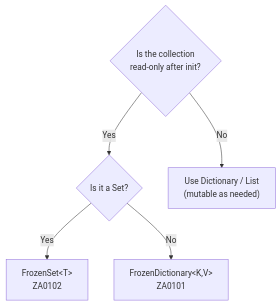
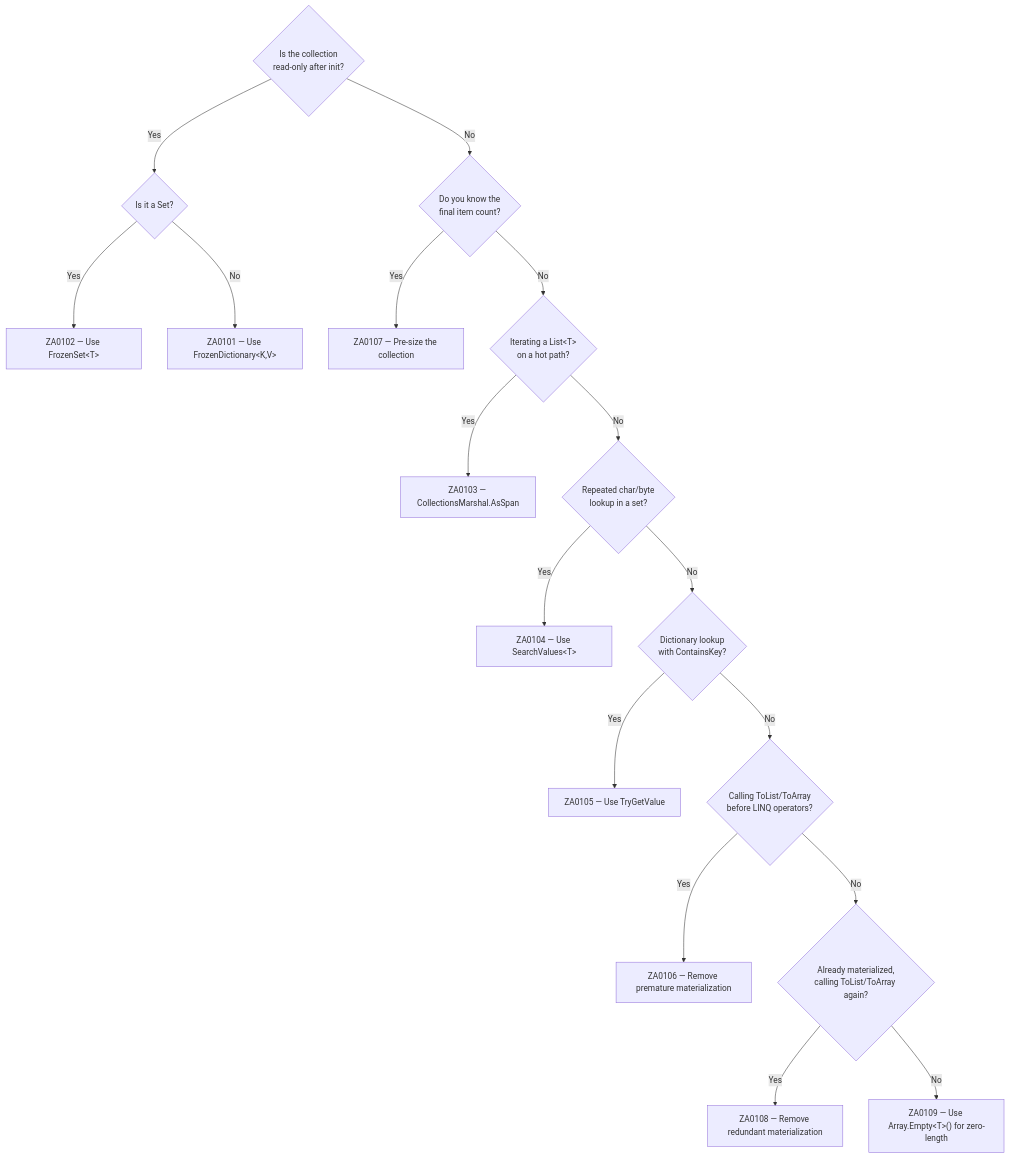
The diagram in docs/rules/collections.md (ZeroAlloc-Net/ZeroAlloc.Analyzers), drawn with Mermaid before and after one commit.

Commit message:
docs: expand collections intro diagram to cover all ZA01xx rules

````diff
--- a/docs/rules/collections.md
+++ b/docs/rules/collections.md
@@ -7,8 +7,27 @@
 ```mermaid
 flowchart TD
     Q1{Is the collection\nread-only after init?}
     Q1 -->|Yes| Q2{Is it a Set?}
-    Q1 -->|No| MutableDict["Use Dictionary / List\n(mutable as needed)"]
-    Q2 -->|Yes| FrozenSet["FrozenSet&lt;T&gt;\nZA0102"]
-    Q2 -->|No| FrozenDict["FrozenDictionary&lt;K,V&gt;\nZA0101"]
+    Q1 -->|No| Q3{Do you know the\nfinal item count?}
+
+    Q2 -->|Yes| FrozenSet["ZA0102 — Use FrozenSet&lt;T&gt;"]
+    Q2 -->|No| FrozenDict["ZA0101 — Use FrozenDictionary&lt;K,V&gt;"]
+
+    Q3 -->|Yes| Capacity["ZA0107 — Pre-size the collection"]
+    Q3 -->|No| Q4{Iterating a List&lt;T&gt;\non a hot path?}
+
+    Q4 -->|Yes| AsSpan["ZA0103 — CollectionsMarshal.AsSpan"]
+    Q4 -->|No| Q5{Repeated char/byte\nlookup in a set?}
+
+    Q5 -->|Yes| SearchVals["ZA0104 — Use SearchValues&lt;T&gt;"]
+    Q5 -->|No| Q6{Dictionary lookup\nwith ContainsKey?}
+
+    Q6 -->|Yes| TryGet["ZA0105 — Use TryGetValue"]
+    Q6 -->|No| Q7{Calling ToList/ToArray\nbefore LINQ operators?}
+
+    Q7 -->|Yes| PrematureToList["ZA0106 — Remove premature materialization"]
+    Q7 -->|No| Q8{Already materialized,\ncalling ToList/ToArray again?}
+
+    Q8 -->|Yes| Redundant["ZA0108 — Remove redundant materialization"]
+    Q8 -->|No| ZeroLen["ZA0109 — Use Array.Empty&lt;T&gt;() for zero-length"]
 ```
````
